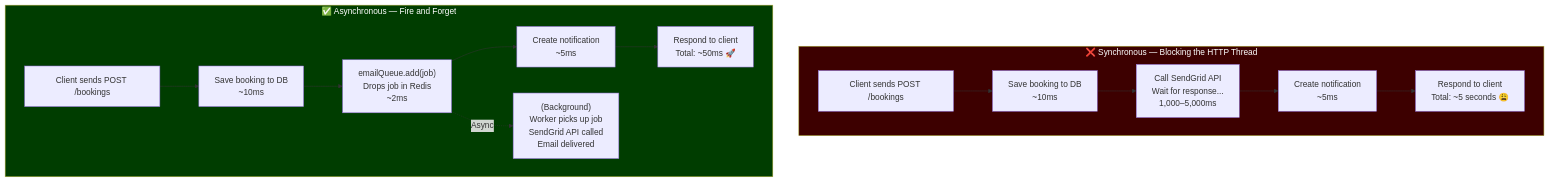
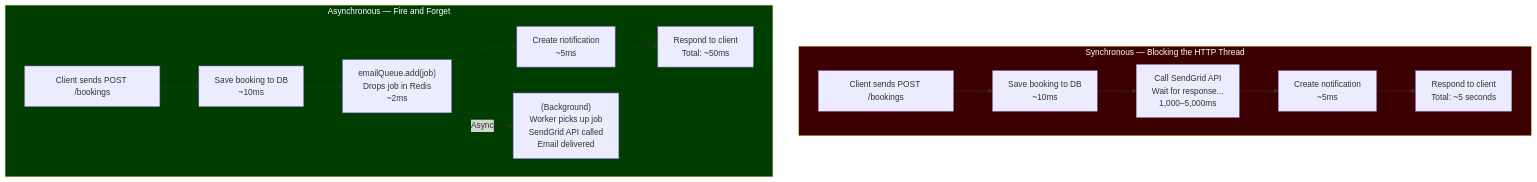
One commit to Ochanda-Charles/Event-scheduling-system changed the tenth of 15 diagrams in README.md. Above: the diagram before and after it, drawn with Mermaid. The commit also changed other lines of this file, not shown here.

````diff
--- a/README.md
+++ b/README.md
@@ -509,25 +509,25 @@
 ```mermaid
 flowchart TD
-    subgraph BAD ["❌ Synchronous — Blocking the HTTP Thread"]
-        B1["Client sends POST /bookings"]
-        B2["Save booking to DB\n~10ms"]
-        B3["Call SendGrid API\nWait for response...\n1,000–5,000ms"]
-        B4["Create notification\n~5ms"]
-        B5["Respond to client\nTotal: ~5 seconds 😩"]
-        B1 --> B2 --> B3 --> B4 --> B5
-    end
+ subgraph BAD [" Synchronous — Blocking the HTTP Thread"]
+ B1["Client sends POST /bookings"]
+ B2["Save booking to DB\n~10ms"]
+ B3["Call SendGrid API\nWait for response...\n1,000–5,000ms"]
+ B4["Create notification\n~5ms"]
+ B5["Respond to client\nTotal: ~5 seconds "]
+ B1 --> B2 --> B3 --> B4 --> B5
+ end
 
-    subgraph GOOD ["✅ Asynchronous — Fire and Forget"]
-        G1["Client sends POST /bookings"]
-        G2["Save booking to DB\n~10ms"]
-        G3["emailQueue.add(job)\nDrops job in Redis\n~2ms"]
-        G4["Create notification\n~5ms"]
-        G5["Respond to client\nTotal: ~50ms 🚀"]
-        G6["(Background)\nWorker picks up job\nSendGrid API called\nEmail delivered"]
-        G1 --> G2 --> G3 --> G4 --> G5
-        G3 -.->|"Async"| G6
-    end
+ subgraph GOOD [" Asynchronous — Fire and Forget"]
+ G1["Client sends POST /bookings"]
+ G2["Save booking to DB\n~10ms"]
+ G3["emailQueue.add(job)\nDrops job in Redis\n~2ms"]
+ G4["Create notification\n~5ms"]
+ G5["Respond to client\nTotal: ~50ms "]
+ G6["(Background)\nWorker picks up job\nSendGrid API called\nEmail delivered"]
+ G1 --> G2 --> G3 --> G4 --> G5
+ G3 -.->|"Async"| G6
+ end
 
-    style BAD fill:#3d0000,color:#fff
-    style GOOD fill:#003d00,color:#fff
+ style BAD fill:#3d0000,color:#fff
+ style GOOD fill:#003d00,color:#fff
 ```
````
